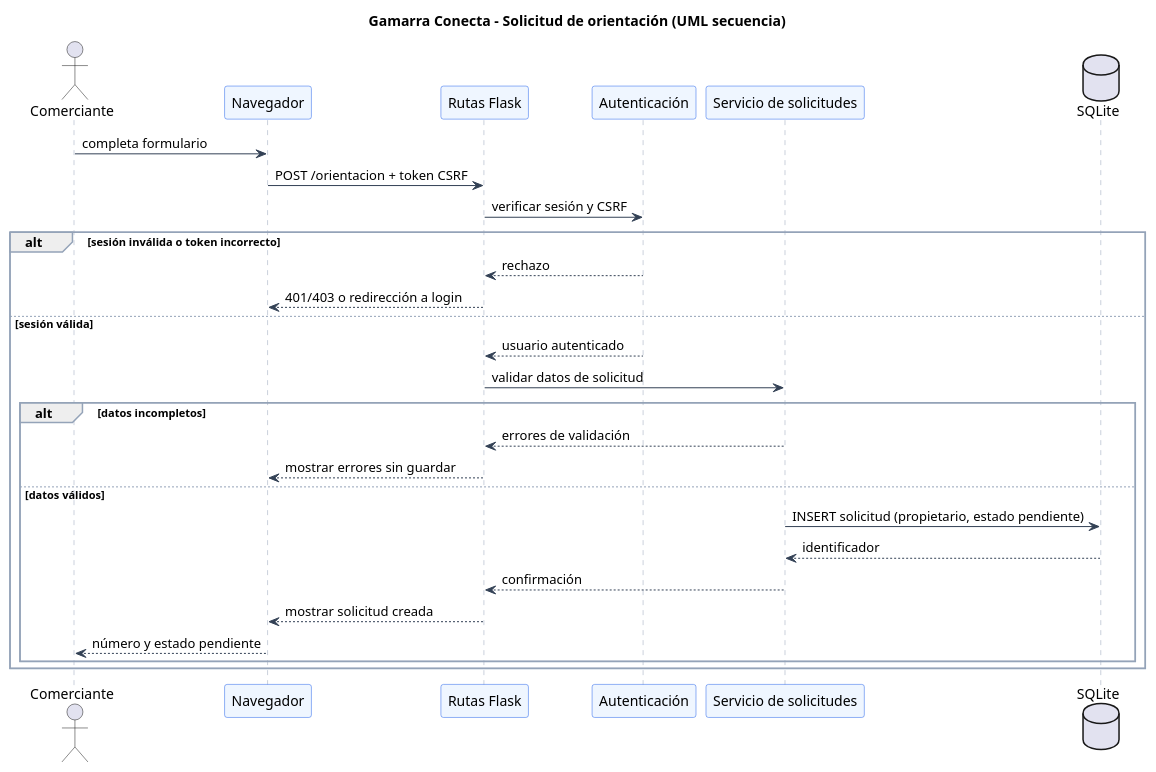
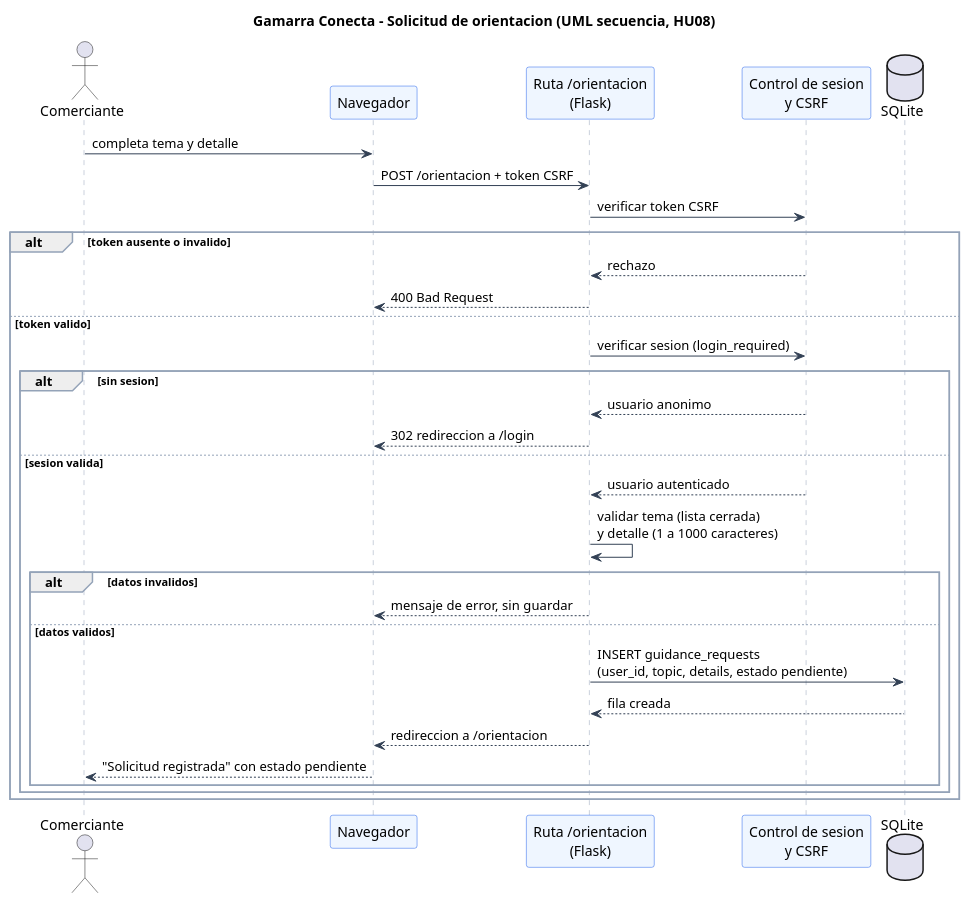
Before and after one commit to michellemontoyarocca/gamarra-conecta: the diagram in docs/diagramas/03_secuencia_solicitud.puml, drawn with PlantUML. The commit also changed 12 other files, not shown here.

```diff
--- a/docs/diagramas/03_secuencia_solicitud.puml
+++ b/docs/diagramas/03_secuencia_solicitud.puml
@@ -1,37 +1,40 @@
 @startuml
-title Gamarra Conecta - Solicitud de orientación (UML secuencia)
+title Gamarra Conecta - Solicitud de orientacion (UML secuencia, HU08)
 skinparam backgroundColor #FFFFFF
 skinparam shadowing false
 skinparam defaultFontName Arial
 skinparam ArrowColor #334155
 skinparam ParticipantBorderColor #2563EB
 skinparam ParticipantBackgroundColor #EFF6FF
 skinparam SequenceLifeLineBorderColor #94A3B8
 skinparam SequenceGroupBorderColor #94A3B8
 actor Comerciante
 participant "Navegador" as N
-participant "Rutas Flask" as F
-participant "Autenticación" as A
-participant "Servicio de solicitudes" as S
+participant "Ruta /orientacion\n(Flask)" as F
+participant "Control de sesion\ny CSRF" as A
 database "SQLite" as DB
-Comerciante -> N : completa formulario
+Comerciante -> N : completa tema y detalle
 N -> F : POST /orientacion + token CSRF
-F -> A : verificar sesión y CSRF
-alt sesión inválida o token incorrecto
+F -> A : verificar token CSRF
+alt token ausente o invalido
   A --> F : rechazo
-  F --> N : 401/403 o redirección a login
-else sesión válida
-  A --> F : usuario autenticado
-  F -> S : validar datos de solicitud
-  alt datos incompletos
-    S --> F : errores de validación
-    F --> N : mostrar errores sin guardar
-  else datos válidos
-    S -> DB : INSERT solicitud (propietario, estado pendiente)
-    DB --> S : identificador
-    S --> F : confirmación
-    F --> N : mostrar solicitud creada
-    N --> Comerciante : número y estado pendiente
+  F --> N : 400 Bad Request
+else token valido
+  F -> A : verificar sesion (login_required)
+  alt sin sesion
+    A --> F : usuario anonimo
+    F --> N : 302 redireccion a /login
+  else sesion valida
+    A --> F : usuario autenticado
+    F -> F : validar tema (lista cerrada)\ny detalle (1 a 1000 caracteres)
+    alt datos invalidos
+      F --> N : mensaje de error, sin guardar
+    else datos validos
+      F -> DB : INSERT guidance_requests\n(user_id, topic, details, estado pendiente)
+      DB --> F : fila creada
+      F --> N : redireccion a /orientacion
+      N --> Comerciante : "Solicitud registrada" con estado pendiente
+    end
   end
 end
 @enduml
```
